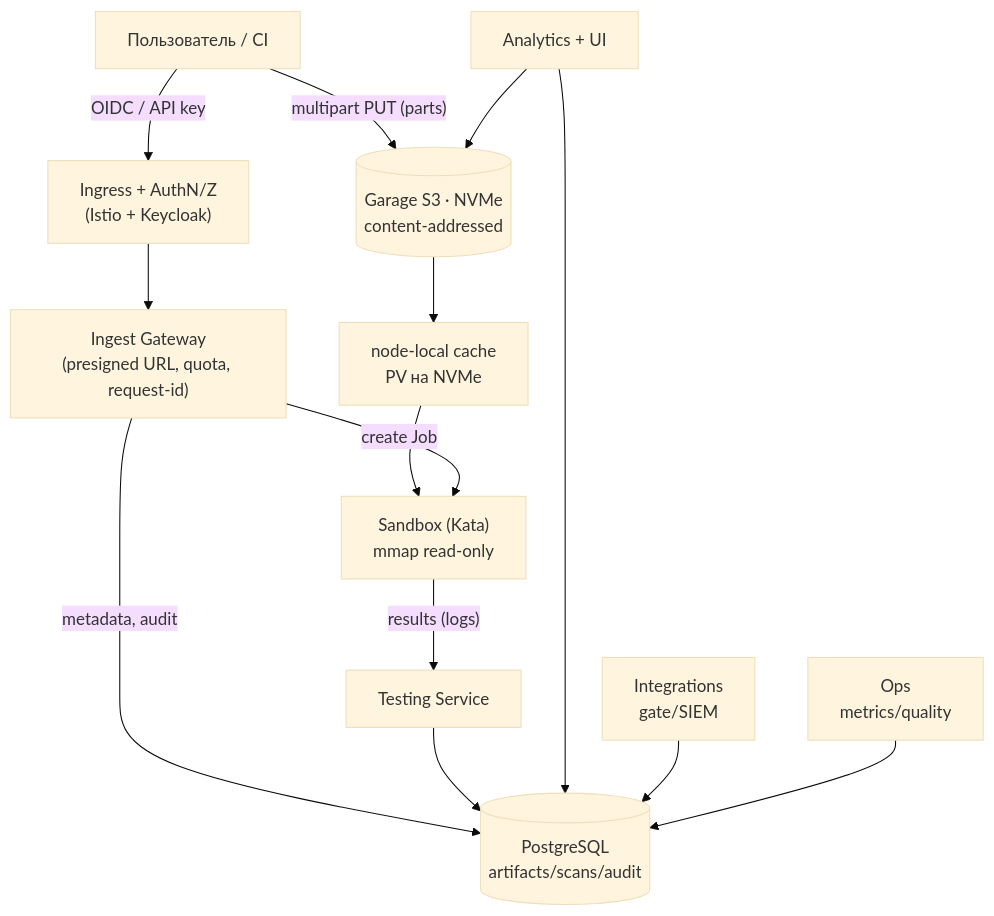
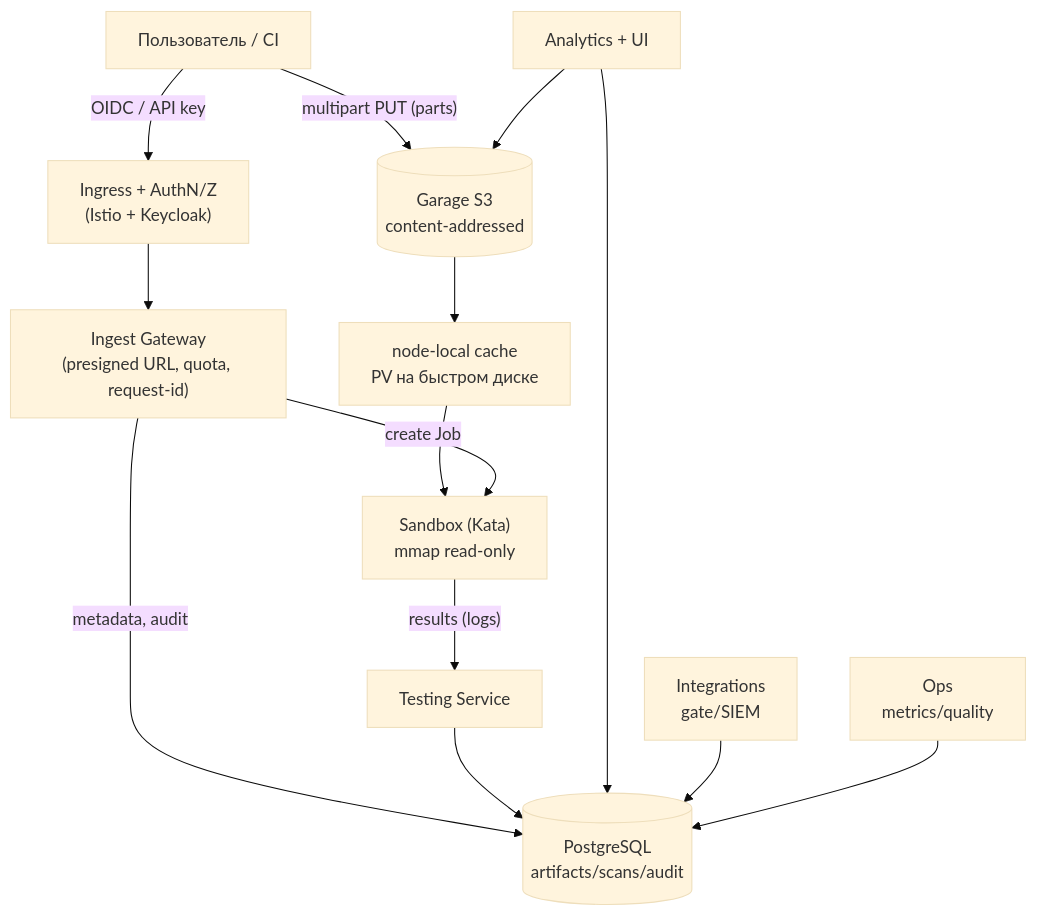
The first of 2 diagrams in docs/11-target-architecture-v2.md (pol4/MLScan), drawn with Mermaid (base theme) before and after one commit. The commit also changed other lines of this file and 27 other files, not shown here.

Commit message:
docs/deploy: sanitize site-specific details (node IP/host/user, disk layout, infra versions) to placeholders for reuse; add target-architecture v2 storage requirements

````diff
--- a/docs/11-target-architecture-v2.md
+++ b/docs/11-target-architecture-v2.md
@@ -53,16 +45,16 @@
 ```mermaid
 flowchart TB
   U["Пользователь / CI"] -->|"OIDC / API key"| GW["Ingress + AuthN/Z<br/>(Istio + Keycloak)"]
   GW --> ING["Ingest Gateway<br/>(presigned URL, quota, request-id)"]
   ING -->|"metadata, audit"| PG[("PostgreSQL<br/>artifacts/scans/audit")]
-  U -->|"multipart PUT (parts)"| S3[("Garage S3 · NVMe<br/>content-addressed")]
-  S3 --> CACHE["node-local cache<br/>PV на NVMe"]
+  U -->|"multipart PUT (parts)"| S3[("Garage S3<br/>content-addressed")]
+  S3 --> CACHE["node-local cache<br/>PV на быстром диске"]
   CACHE --> SB["Sandbox (Kata)<br/>mmap read-only"]
   ING -->|"create Job"| SB
   SB -->|"results (logs)"| TEST["Testing Service"]
   TEST --> PG
   AN["Analytics + UI"] --> PG
   AN --> S3
   INT["Integrations<br/>gate/SIEM"] --> PG
   OPS["Ops<br/>metrics/quality"] --> PG
 ```
````
